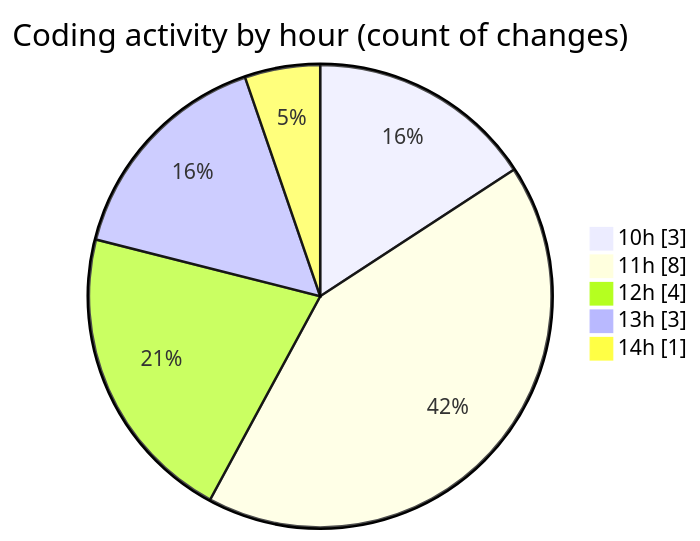
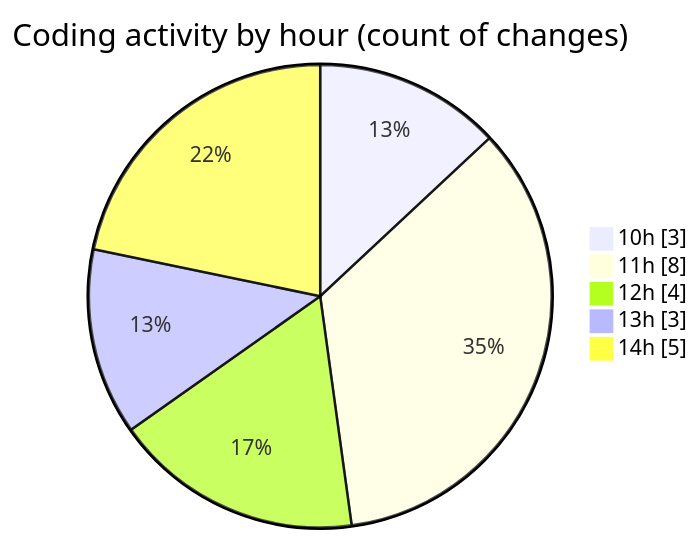
Before and after one commit to nxtqubesakshisongat/code-tracking: the second of 2 diagrams in 2025-11-07/nxtqube_webapp/README.md, drawn with Mermaid. The commit also changed other lines of this file and 1 other file, not shown here.

````diff
--- a/2025-11-07/nxtqube_webapp/README.md
+++ b/2025-11-07/nxtqube_webapp/README.md
@@ -36,9 +36,9 @@
 ```mermaid
 pie showData
 title Coding activity by hour (count of changes)
 "10h" : 3
 "11h" : 8
 "12h" : 4
 "13h" : 3
-"14h" : 1
+"14h" : 5
 ```
````
